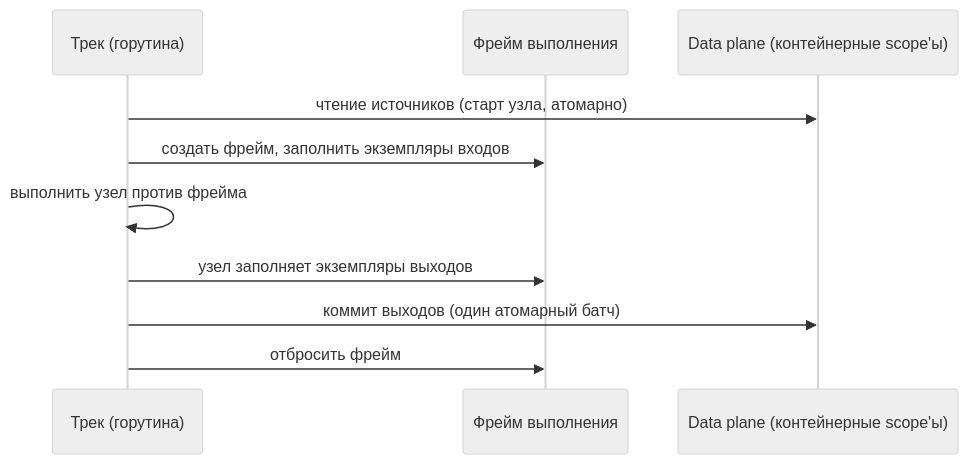
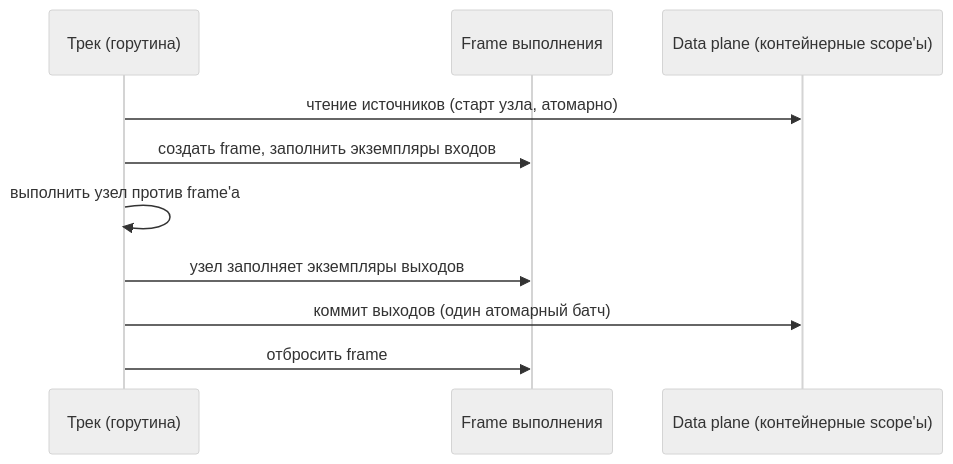
The second of 2 diagrams in docs/design/ADR-010-process-data-model.ru.md (dr-dobermann/gobpm), drawn with Mermaid (neutral theme) before and after one commit. The commit also changed other lines of this file and 2 other files, not shown here.

First line of the commit message:
docs: keep type names verbatim in RU twins (фрейм → frame)

````diff
--- a/docs/design/ADR-010-process-data-model.ru.md
+++ b/docs/design/ADR-010-process-data-model.ru.md
@@ -207,12 +207,12 @@
 ```mermaid
 sequenceDiagram
     participant T as Трек (горутина)
-    participant F as Фрейм выполнения
+    participant F as Frame выполнения
     participant D as Data plane (контейнерные scope'ы)
     T->>D: чтение источников (старт узла, атомарно)
-    T->>F: создать фрейм, заполнить экземпляры входов
-    T->>T: выполнить узел против фрейма
+    T->>F: создать frame, заполнить экземпляры входов
+    T->>T: выполнить узел против frame'а
     T->>F: узел заполняет экземпляры выходов
     T->>D: коммит выходов (один атомарный батч)
-    T->>F: отбросить фрейм
+    T->>F: отбросить frame
 ```
````
